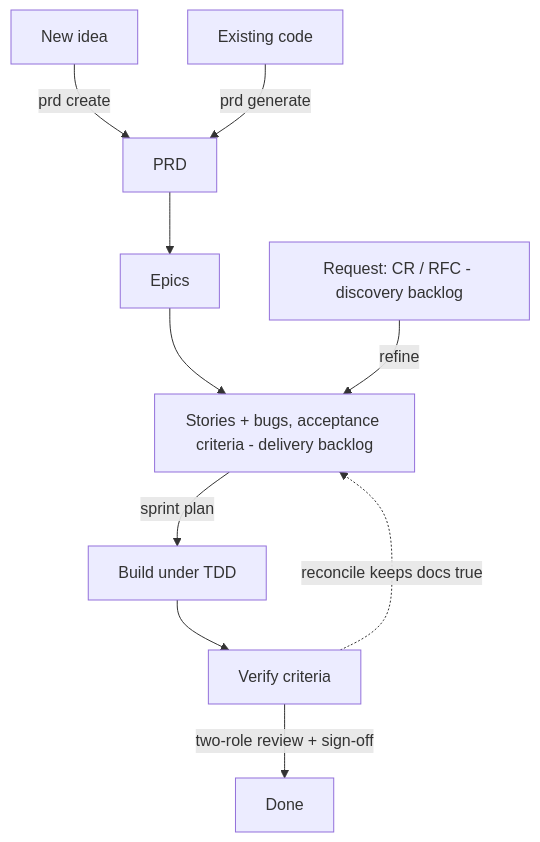
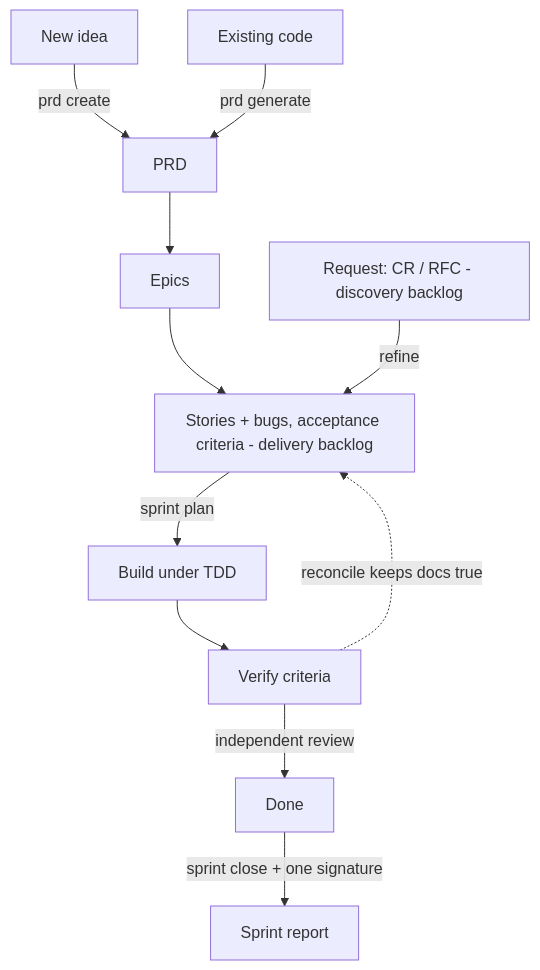
Before and after one commit to DarrenBenson/sdlc-studio: the diagram in README.md, drawn with Mermaid. The commit also changed other lines of this file and 10 other files, not shown here.

````diff
--- a/README.md
+++ b/README.md
@@ -202,10 +198,11 @@
 ```mermaid
 flowchart TB
   A[New idea] -->|prd create| P[PRD]
   B[Existing code] -->|prd generate| P
   P --> E[Epics] --> S
   RQ[Request: CR / RFC - discovery backlog] -->|refine| S[Stories + bugs, acceptance criteria - delivery backlog]
   S -->|sprint plan| BLD[Build under TDD] --> VF[Verify criteria]
-  VF -->|two-role review + sign-off| DN[Done]
+  VF -->|independent review| DN[Done]
+  DN -->|sprint close + one signature| RPT[Sprint report]
   VF -. reconcile keeps docs true .-> S
 ```
````
